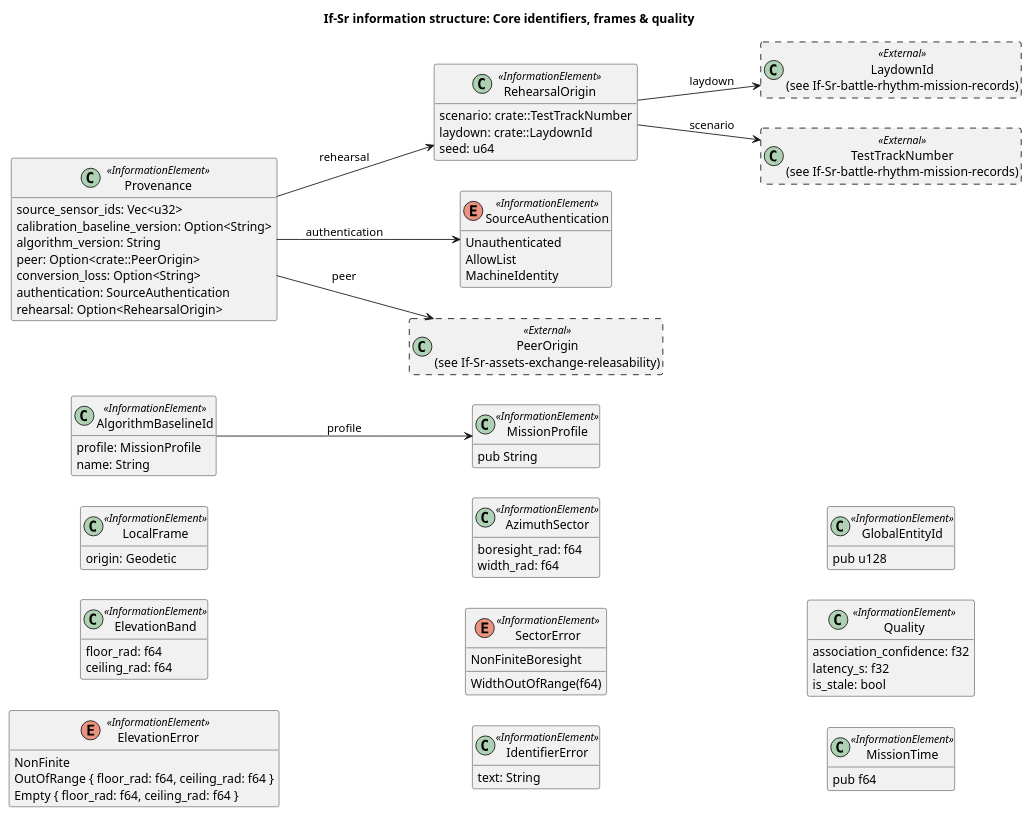
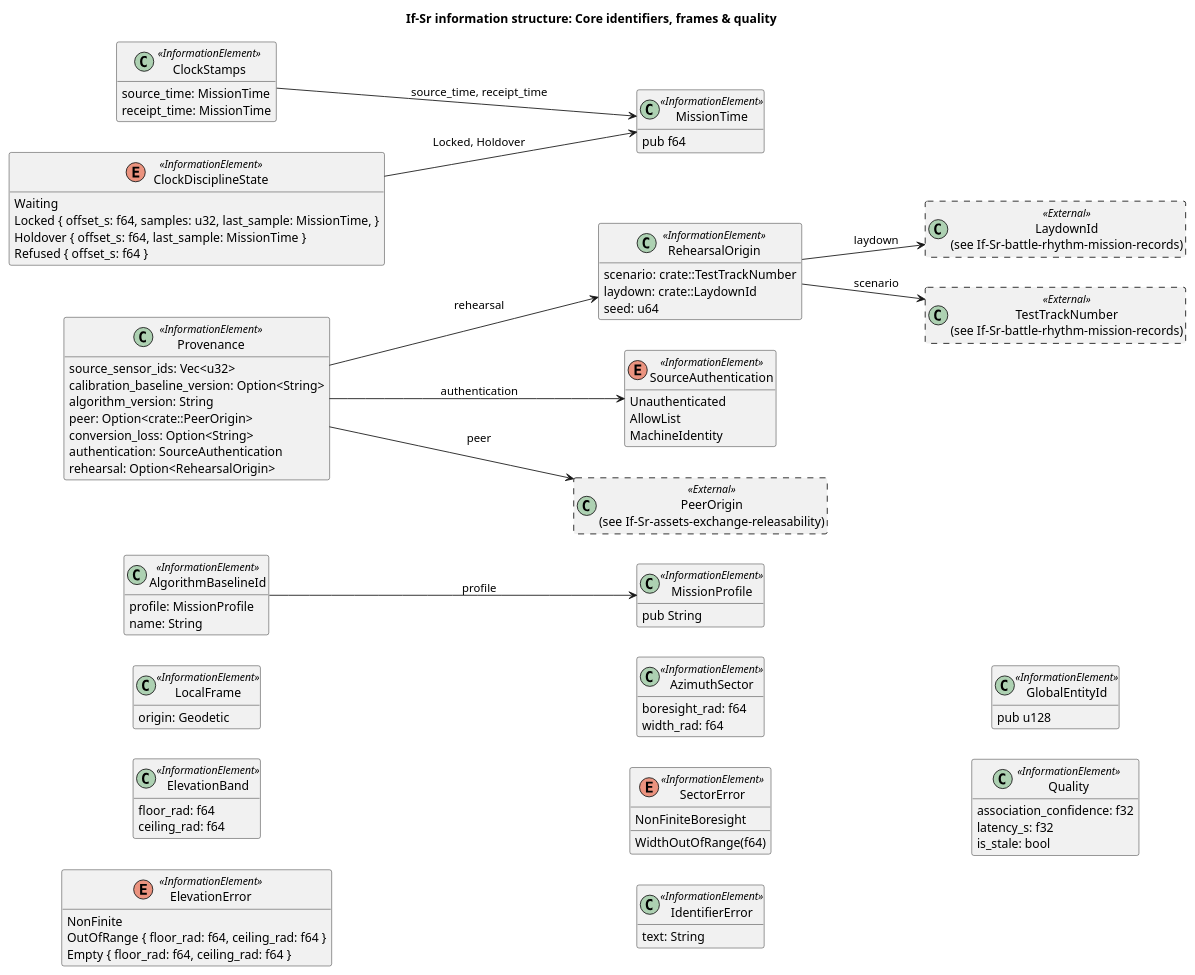
One commit to WayneRoessling/gungnir changed the diagram in docs/architecture/uaf/information/If-Sr-core-identifiers-frames-quality.puml. Above: the diagram before and after it, drawn with PlantUML. The commit also changed 44 other files, not shown here.

First line of the commit message:
GAP-205: the clock follows a named sensor on a site with no time source

```diff
--- a/docs/architecture/uaf/information/If-Sr-core-identifiers-frames-quality.puml
+++ b/docs/architecture/uaf/information/If-Sr-core-identifiers-frames-quality.puml
@@ -1,78 +1,90 @@
 @startuml If-Sr-core-identifiers-frames-quality
 title If-Sr information structure: Core identifiers, frames & quality
 left to right direction
 hide empty members
 skinparam classAttributeIconSize 0
 class "LocalFrame" as LocalFrame <<InformationElement>> {
   origin: Geodetic
 }
 class "ElevationBand" as ElevationBand <<InformationElement>> {
   floor_rad: f64
   ceiling_rad: f64
 }
 enum "ElevationError" as ElevationError <<InformationElement>> {
   NonFinite
   OutOfRange { floor_rad: f64, ceiling_rad: f64 }
   Empty { floor_rad: f64, ceiling_rad: f64 }
 }
 class "AzimuthSector" as AzimuthSector <<InformationElement>> {
   boresight_rad: f64
   width_rad: f64
 }
 enum "SectorError" as SectorError <<InformationElement>> {
   NonFiniteBoresight
   WidthOutOfRange(f64)
 }
 class "IdentifierError" as IdentifierError <<InformationElement>> {
   text: String
 }
 class "GlobalEntityId" as GlobalEntityId <<InformationElement>> {
   pub u128
 }
 class "MissionProfile" as MissionProfile <<InformationElement>> {
   pub String
 }
 class "AlgorithmBaselineId" as AlgorithmBaselineId <<InformationElement>> {
   profile: MissionProfile
   name: String
 }
 class "Provenance" as Provenance <<InformationElement>> {
   source_sensor_ids: Vec<u32>
   calibration_baseline_version: Option<String>
   algorithm_version: String
   peer: Option<crate::PeerOrigin>
   conversion_loss: Option<String>
   authentication: SourceAuthentication
   rehearsal: Option<RehearsalOrigin>
 }
 class "RehearsalOrigin" as RehearsalOrigin <<InformationElement>> {
   scenario: crate::TestTrackNumber
   laydown: crate::LaydownId
   seed: u64
 }
 enum "SourceAuthentication" as SourceAuthentication <<InformationElement>> {
   Unauthenticated
   AllowList
   MachineIdentity
 }
 class "Quality" as Quality <<InformationElement>> {
   association_confidence: f32
   latency_s: f32
   is_stale: bool
 }
 class "MissionTime" as MissionTime <<InformationElement>> {
   pub f64
 }
+class "ClockStamps" as ClockStamps <<InformationElement>> {
+  source_time: MissionTime
+  receipt_time: MissionTime
+}
+enum "ClockDisciplineState" as ClockDisciplineState <<InformationElement>> {
+  Waiting
+  Locked { offset_s: f64, samples: u32, last_sample: MissionTime, }
+  Holdover { offset_s: f64, last_sample: MissionTime }
+  Refused { offset_s: f64 }
+}
 class "LaydownId\n(see If-Sr-battle-rhythm-mission-records)" as LaydownId <<External>> #line.dashed {
 }
 class "PeerOrigin\n(see If-Sr-assets-exchange-releasability)" as PeerOrigin <<External>> #line.dashed {
 }
 class "TestTrackNumber\n(see If-Sr-battle-rhythm-mission-records)" as TestTrackNumber <<External>> #line.dashed {
 }
 AlgorithmBaselineId --> MissionProfile : profile
 Provenance --> PeerOrigin : peer
 Provenance --> RehearsalOrigin : rehearsal
 Provenance --> SourceAuthentication : authentication
 RehearsalOrigin --> LaydownId : laydown
 RehearsalOrigin --> TestTrackNumber : scenario
+ClockStamps --> MissionTime : source_time, receipt_time
+ClockDisciplineState --> MissionTime : Locked, Holdover
 @enduml
```
